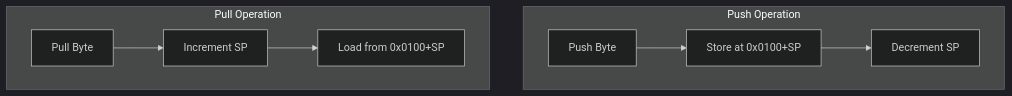
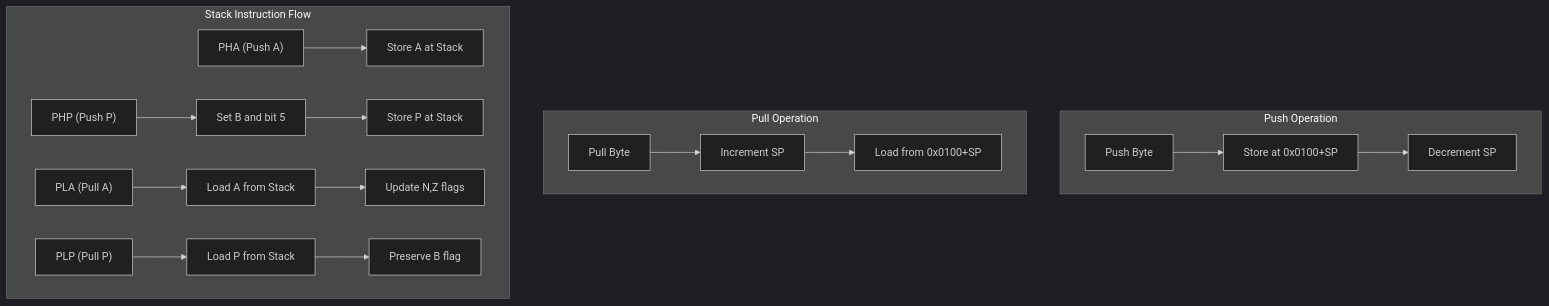
The second of 3 diagrams in docs/CPU.md (dtg-lucifer/6502_emulator), drawn with Mermaid (dark theme) before and after one commit. The commit also changed other lines of this file and 4 other files, not shown here.

````diff
--- a/docs/CPU.md
+++ b/docs/CPU.md
@@ -87,12 +106,19 @@
 ```mermaid
 graph TD
     subgraph "Push Operation"
         Push["Push Byte"] --> Store["Store at 0x0100+SP"]
         Store --> DecrementSP["Decrement SP"]
     end
 
     subgraph "Pull Operation"
         Pull["Pull Byte"] --> IncrementSP["Increment SP"]
         IncrementSP --> Load["Load from 0x0100+SP"]
     end
+
+    subgraph "Stack Instruction Flow"
+        PHA["PHA (Push A)"] --> StoreTOS["Store A at Stack"]
+        PHP["PHP (Push P)"] --> SetBitsPush["Set B and bit 5"] --> StorePTOS["Store P at Stack"]
+        PLA["PLA (Pull A)"] --> LoadFromStack["Load A from Stack"] --> UpdateFlags["Update N,Z flags"]
+        PLP["PLP (Pull P)"] --> LoadPFromStack["Load P from Stack"] --> PreserveBFlag["Preserve B flag"]
+    end
 ```
````
